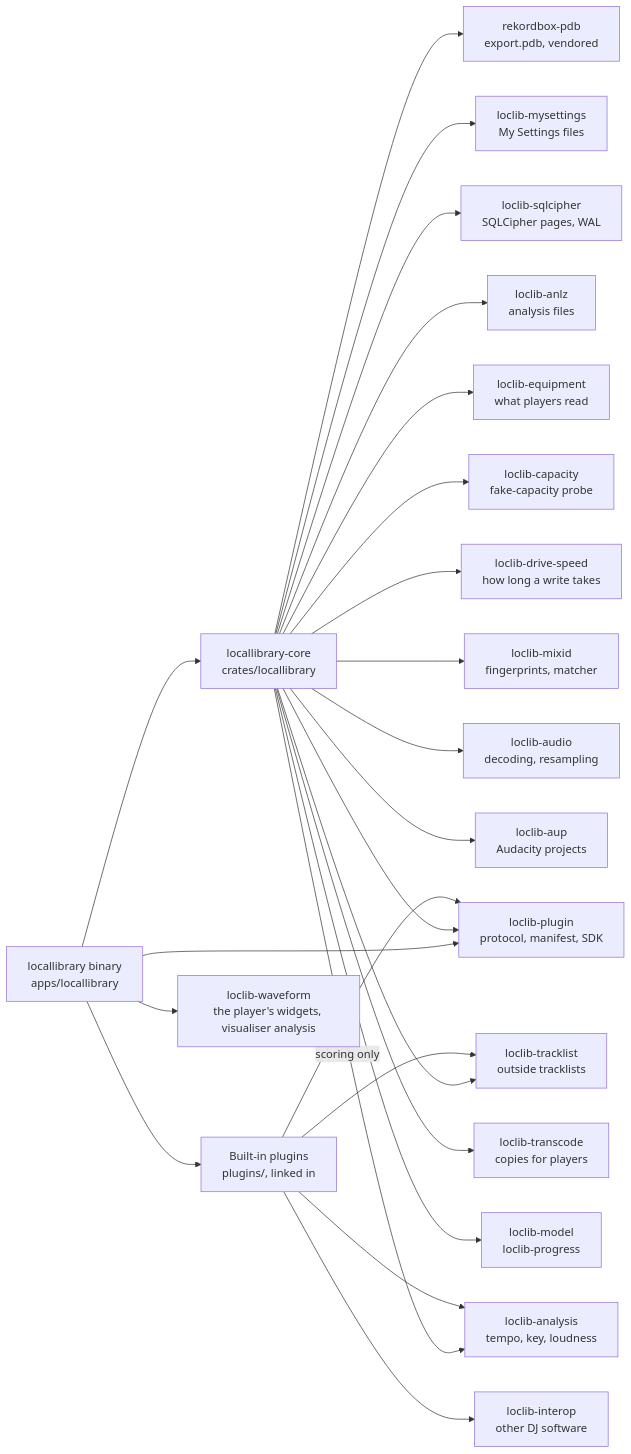
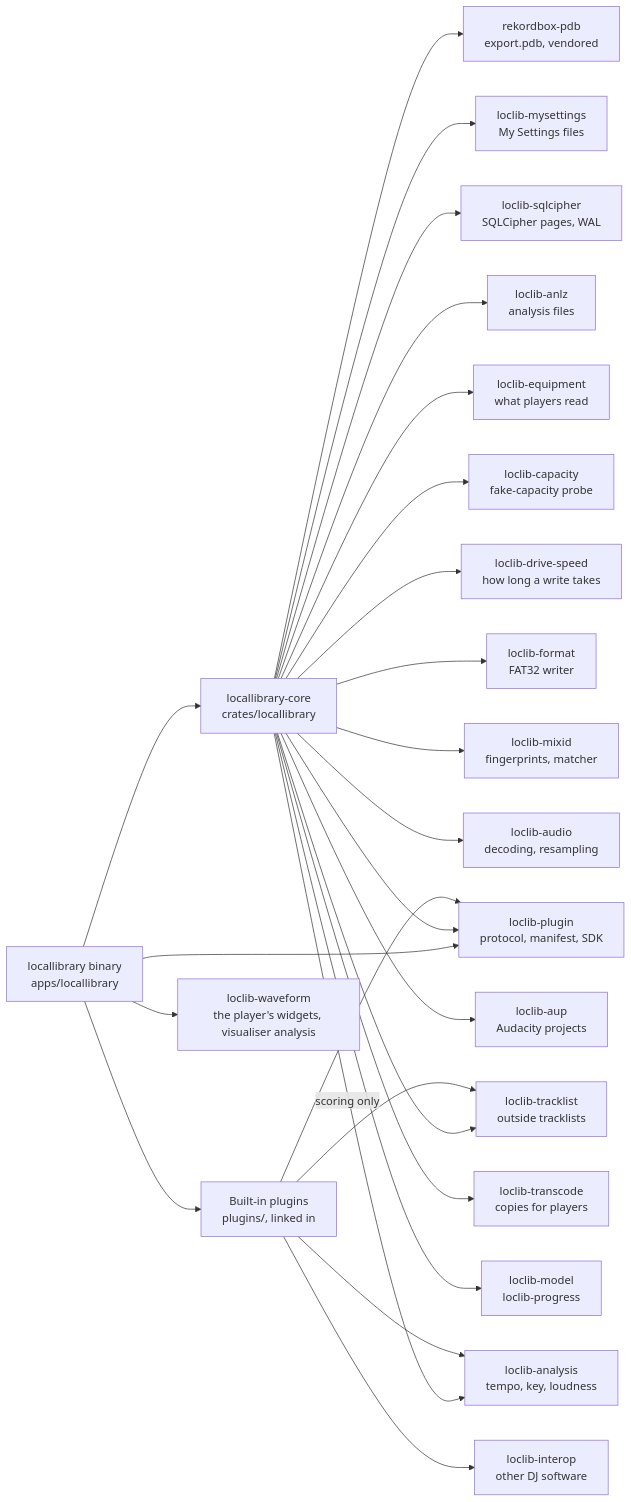
Before and after one commit to cutenode/localnetwork: the second of 11 diagrams in apps/locallibrary/README.md, drawn with Mermaid. The commit also changed other lines of this file and 20 other files, not shown here.

````diff
--- a/apps/locallibrary/README.md
+++ b/apps/locallibrary/README.md
@@ -291,26 +293,27 @@
 ```mermaid
 flowchart LR
     bin["locallibrary binary<br/>apps/locallibrary"] --> core["locallibrary-core<br/>crates/locallibrary"]
     bin --> plugins["Built-in plugins<br/>plugins/, linked in"]
     bin --> wave["loclib-waveform<br/>the player's widgets, visualiser analysis"]
     bin --> sdk["loclib-plugin<br/>protocol, manifest, SDK"]
     core --> sdk
     core --> pdb["rekordbox-pdb<br/>export.pdb, vendored"]
     core --> set["loclib-mysettings<br/>My Settings files"]
     core --> sqlc["loclib-sqlcipher<br/>SQLCipher pages, WAL"]
     core --> anlz["loclib-anlz<br/>analysis files"]
     core --> equip["loclib-equipment<br/>what players read"]
     core --> cap["loclib-capacity<br/>fake-capacity probe"]
     core --> speed["loclib-drive-speed<br/>how long a write takes"]
+    core --> fmt["loclib-format<br/>FAT32 writer"]
     core --> track["loclib-tracklist<br/>outside tracklists"]
     core --> mixid["loclib-mixid<br/>fingerprints, matcher"]
     core --> audio["loclib-audio<br/>decoding, resampling"]
     core --> aup["loclib-aup<br/>Audacity projects"]
     core -->|scoring only| sound["loclib-analysis<br/>tempo, key, loudness"]
     core --> trans["loclib-transcode<br/>copies for players"]
     core --> model["loclib-model<br/>loclib-progress"]
     plugins --> sdk
     plugins --> interop["loclib-interop<br/>other DJ software"]
     plugins --> sound
     plugins --> track
 ```
````
